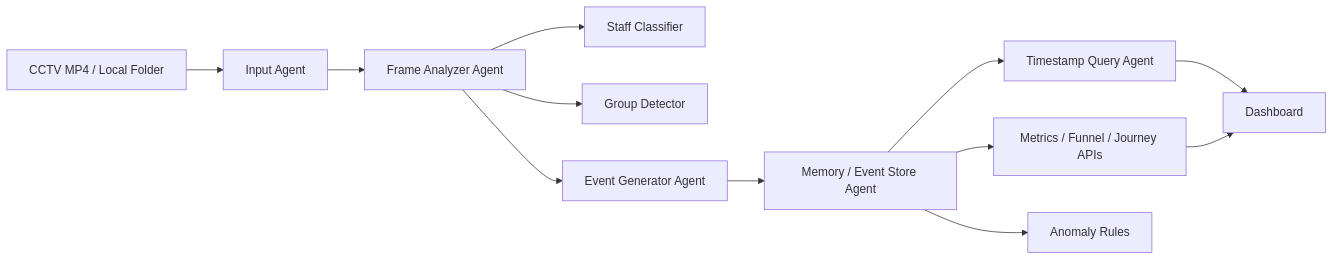
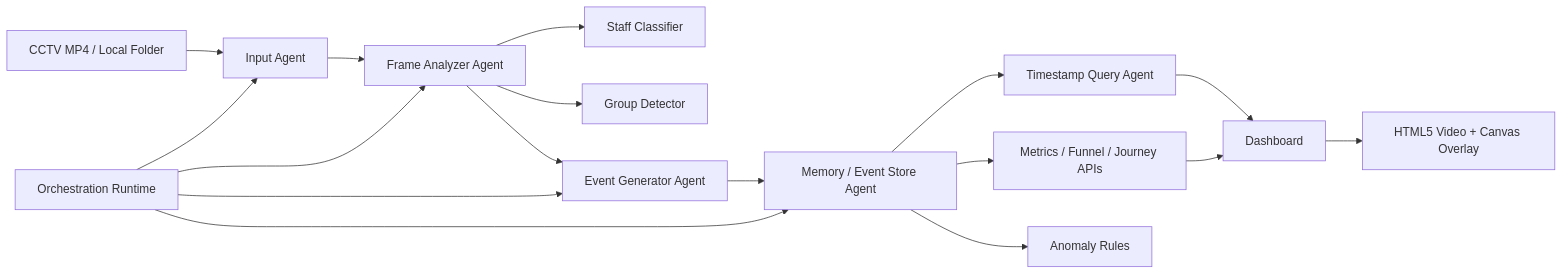
Before and after one commit to DevanshiA29/CogniLens: the diagram in DESIGN.md, drawn with Mermaid. The commit also changed other lines of this file and 26 other files, not shown here.

Commit message:
Refactor app flows and update UI integrations

````diff
--- a/DESIGN.md
+++ b/DESIGN.md
@@ -5,14 +5,19 @@
 ```mermaid
 flowchart LR
   A["CCTV MP4 / Local Folder"] --> B["Input Agent"]
   B --> C["Frame Analyzer Agent"]
   C --> D["Staff Classifier"]
   C --> E["Group Detector"]
   C --> F["Event Generator Agent"]
   F --> G["Memory / Event Store Agent"]
   G --> H["Timestamp Query Agent"]
   G --> I["Metrics / Funnel / Journey APIs"]
   G --> J["Anomaly Rules"]
+  M["Orchestration Runtime"] --> B
+  M --> C
+  M --> F
+  M --> G
   H --> K["Dashboard"]
   I --> K
+  K --> L["HTML5 Video + Canvas Overlay"]
 ```
````
